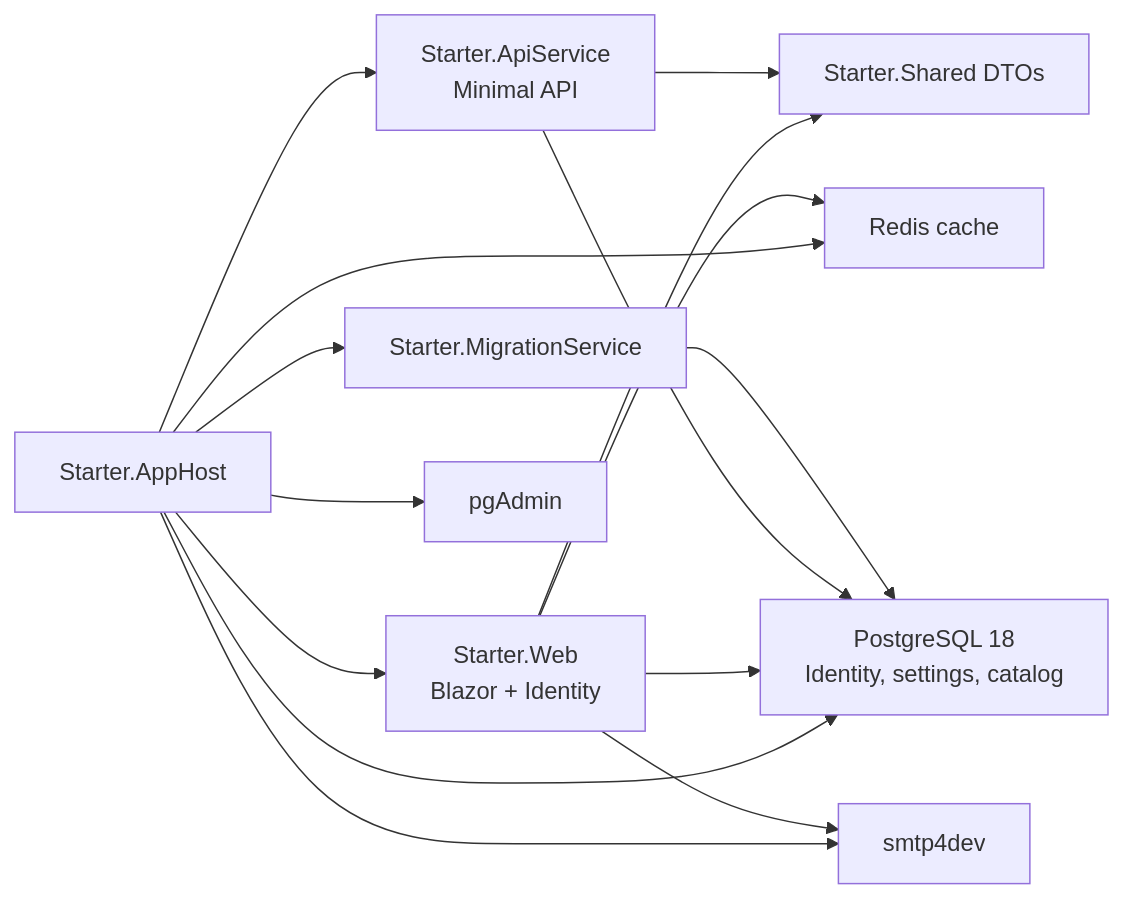
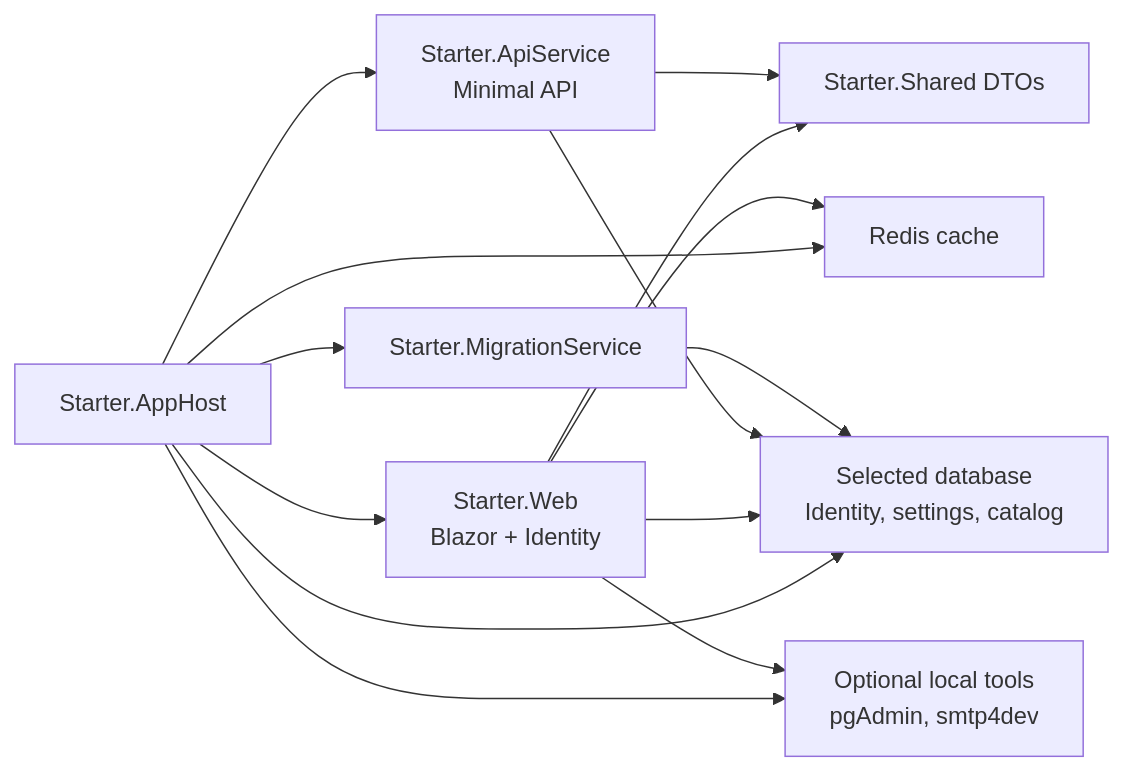
The diagram in templates/enhanced-aspire-starter/README.md (vwzhang/Starter.Template), drawn with Mermaid before and after one commit. The commit also changed other lines of this file and 31 other files, not shown here.

````diff
--- a/templates/enhanced-aspire-starter/README.md
+++ b/templates/enhanced-aspire-starter/README.md
@@ -81,18 +81,17 @@
 ```mermaid
 flowchart LR
     AppHost["Starter.AppHost"] --> Web["Starter.Web<br/>Blazor + Identity"]
     AppHost --> Api["Starter.ApiService<br/>Minimal API"]
     AppHost --> Migrations["Starter.MigrationService"]
     AppHost --> Redis["Redis cache"]
-    AppHost --> Postgres["PostgreSQL 18<br/>Identity, settings, catalog"]
-    AppHost --> PgAdmin["pgAdmin"]
-    AppHost --> Smtp["smtp4dev"]
+    AppHost --> Database["Selected database<br/>Identity, settings, catalog"]
+    AppHost --> Tools["Optional local tools<br/>pgAdmin, smtp4dev"]
 
     Web --> Shared["Starter.Shared DTOs"]
     Api --> Shared
-    Web --> Postgres
-    Api --> Postgres
-    Migrations --> Postgres
+    Web --> Database
+    Api --> Database
+    Migrations --> Database
     Web --> Redis
-    Web --> Smtp
+    Web --> Tools
 ```
````
